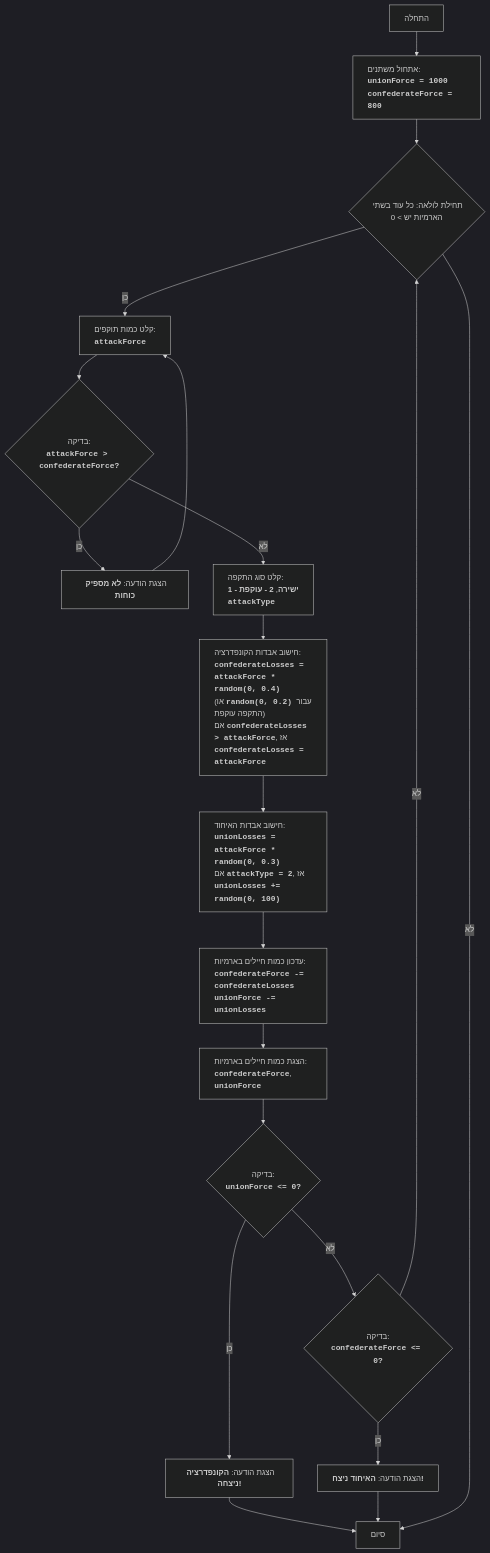
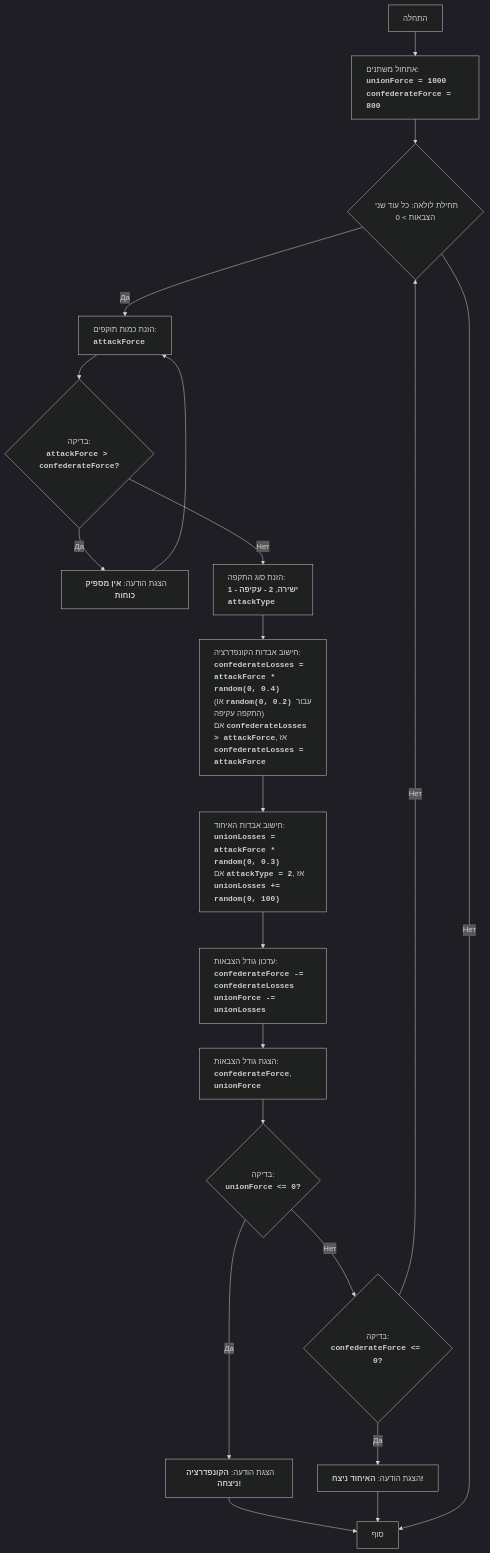
One commit to hypo69/1001-python-he changed the diagram in code/UNSORTED/CIVILW/README.MD. Above: the diagram before and after it, drawn with Mermaid (dark theme). The commit also changed other lines of this file and 869 other files, not shown here.

````diff
--- a/code/UNSORTED/CIVILW/README.MD
+++ b/code/UNSORTED/CIVILW/README.MD
@@ -35,22 +35,22 @@
 ```mermaid
 flowchart TD
     Start["התחלה"] --> InitializeForces["<p align='left'>אתחול משתנים:<br><code><b>unionForce = 1000</b></code><br><code><b>confederateForce = 800</b></code></p>"]
-    InitializeForces --> LoopStart{"תחילת לולאה: כל עוד בשתי הארמיות יש > 0"}
-    LoopStart -- כן --> InputAttackForce["<p align='left'>קלט כמות תוקפים:<br><code><b>attackForce</b></code></p>"]
+    InitializeForces --> LoopStart{"תחילת לולאה: כל עוד שני הצבאות > 0"}
+    LoopStart -- Да --> InputAttackForce["<p align='left'>הזנת כמות תוקפים:<br><code><b>attackForce</b></code></p>"]
     InputAttackForce --> CheckForce{"בדיקה:<br><code><b>attackForce > confederateForce?</b></code>"}
-    CheckForce -- כן --> OutputInsufficient["הצגת הודעה: <b>לא מספיק כוחות</b>"]
+    CheckForce -- Да --> OutputInsufficient["הצגת הודעה: <b>אין מספיק כוחות</b>"]
     OutputInsufficient --> InputAttackForce
-    CheckForce -- לא --> InputAttackType["<p align='left'>קלט סוג התקפה:<br><b>1 - ישירה</b>, <b>2 - עוקפת</b><br><code><b>attackType</b></code></p>"]
-    InputAttackType --> CalculateConfederateLosses["<p align='left'>חישוב אבדות הקונפדרציה:<br><code><b>confederateLosses = attackForce * random(0, 0.4)</b></code><br>(או <code><b>random(0, 0.2)</b></code> עבור התקפה עוקפת)<br>אם <code><b>confederateLosses > attackForce</b></code>, אז <code><b>confederateLosses = attackForce</b></code></p>"]
+    CheckForce -- Нет --> InputAttackType["<p align='left'>הזנת סוג התקפה:<br><b>1 - ישירה</b>, <b>2 - עקיפה</b><br><code><b>attackType</b></code></p>"]
+    InputAttackType --> CalculateConfederateLosses["<p align='left'>חישוב אבדות הקונפדרציה:<br><code><b>confederateLosses = attackForce * random(0, 0.4)</b></code><br>(או <code><b>random(0, 0.2)</b></code> עבור התקפה עקיפה)<br>אם <code><b>confederateLosses > attackForce</b></code>, אז <code><b>confederateLosses = attackForce</b></code></p>"]
     CalculateConfederateLosses --> CalculateUnionLosses["<p align='left'>חישוב אבדות האיחוד:<br><code><b>unionLosses = attackForce * random(0, 0.3)</b></code><br>אם <code><b>attackType = 2</b></code>, אז <code><b>unionLosses += random(0, 100)</b></code></p>"]
-    CalculateUnionLosses --> UpdateForces["<p align='left'>עדכון כמות חיילים בארמיות:<br><code><b>confederateForce -= confederateLosses</b></code><br><code><b>unionForce -= unionLosses</b></code></p>"]
-    UpdateForces --> OutputForces["<p align='left'>הצגת כמות חיילים בארמיות:<br><code><b>confederateForce</b></code>, <code><b>unionForce</b></code></p>"]
+    CalculateUnionLosses --> UpdateForces["<p align='left'>עדכון גודל הצבאות:<br><code><b>confederateForce -= confederateLosses</b></code><br><code><b>unionForce -= unionLosses</b></code></p>"]
+    UpdateForces --> OutputForces["<p align='left'>הצגת גודל הצבאות:<br><code><b>confederateForce</b></code>, <code><b>unionForce</b></code></p>"]
     OutputForces --> CheckUnionWin{"בדיקה:<br><code><b>unionForce <= 0?</b></code>"}
-    CheckUnionWin -- כן --> OutputConfederateWin["הצגת הודעה: <b>הקונפדרציה ניצחה!</b>"]
-    OutputConfederateWin --> End["סיום"]
-    CheckUnionWin -- לא --> CheckConfederateWin{"בדיקה:<br><code><b>confederateForce <= 0?</b></code>"}
-     CheckConfederateWin -- כן --> OutputUnionWin["הצגת הודעה: <b>האיחוד ניצח!</b>"]
+    CheckUnionWin -- Да --> OutputConfederateWin["הצגת הודעה: <b>הקונפדרציה ניצחה!</b>"]
+    OutputConfederateWin --> End["סוף"]
+    CheckUnionWin -- Нет --> CheckConfederateWin{"בדיקה:<br><code><b>confederateForce <= 0?</b></code>"}
+     CheckConfederateWin -- Да --> OutputUnionWin["הצגת הודעה: <b>האיחוד ניצח!</b>"]
     OutputUnionWin --> End
-    CheckConfederateWin -- לא --> LoopStart
-    LoopStart -- לא --> End
+    CheckConfederateWin -- Нет --> LoopStart
+    LoopStart -- Нет --> End
 ```
````
